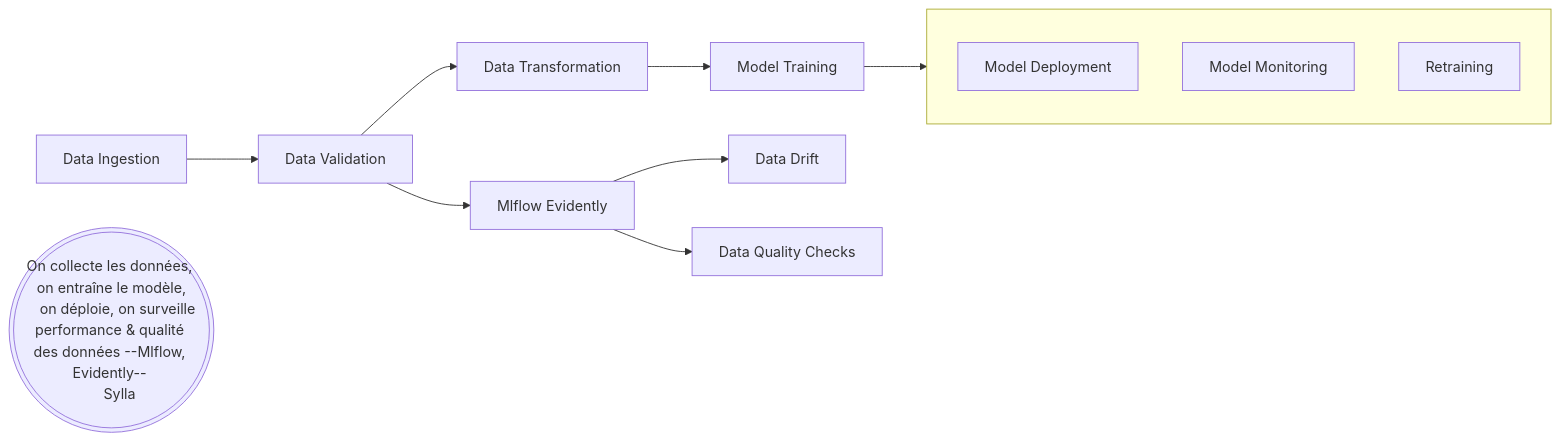
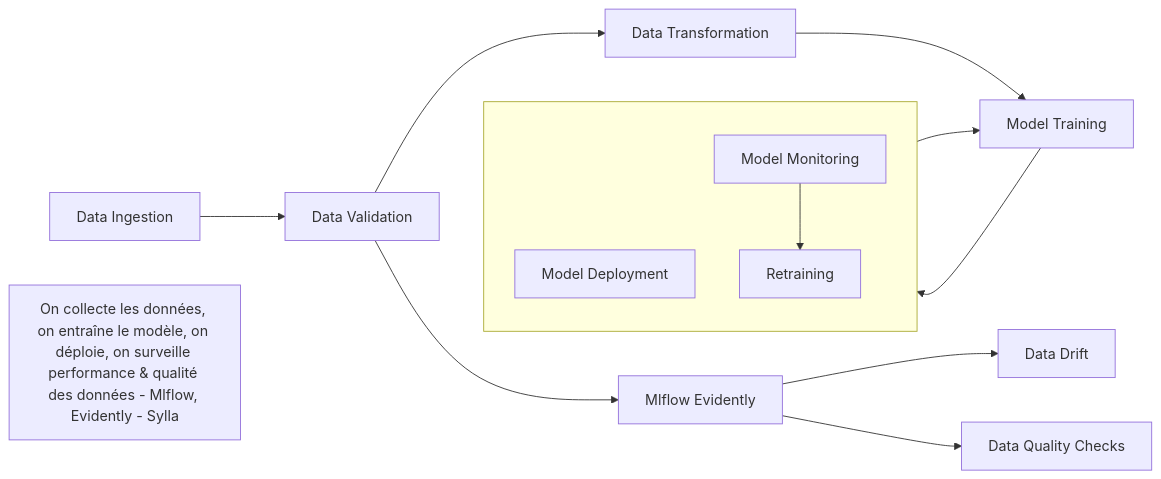
One commit to sylla2022-arc/Telco_Customer_Churn changed the diagram in README.md. Above: the diagram before and after it, drawn with Mermaid.

````diff
--- a/README.md
+++ b/README.md
@@ -61,26 +61,26 @@
 ```mermaid
 
 graph LR
     A[Data Ingestion] --> B[Data Validation]
     B --> C[Data Transformation]
     C --> D[Model Training]
 
-    %% Sous-graphe vertical sans titre visible (label = " ")
-    subgraph Vertical_Flow[ ]
-      direction TB
-      E[Model Deployment]
-      F[Model Monitoring]
-      G[Retraining]
+    %% Sous-graphe
+    subgraph Deployment_Flow[ ]
+        direction TB
+        E[Model Deployment]
+        F[Model Monitoring]
+        G[Retraining]
     end
     
     D --> E
+    F --> G
+    G --> D
     
     B --> H[Mlflow Evidently]
     
     H --> I[Data Drift]
     H --> J[Data Quality Checks]
 
-    id1(((On collecte les données, on entraîne le modèle,
-    on déploie, on surveille performance & qualité des données --Mlflow, Evidently-- 
-    Sylla)))
+    K[On collecte les données, on entraîne le modèle, on déploie, on surveille performance & qualité des données - Mlflow, Evidently - Sylla]
 ```
````
